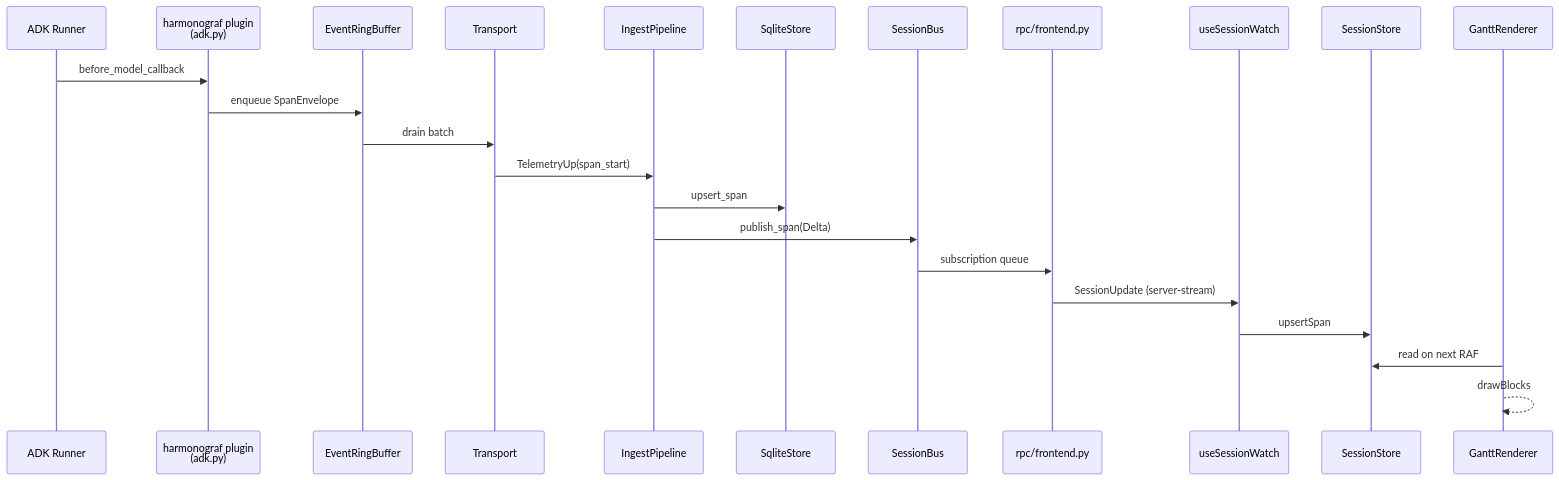
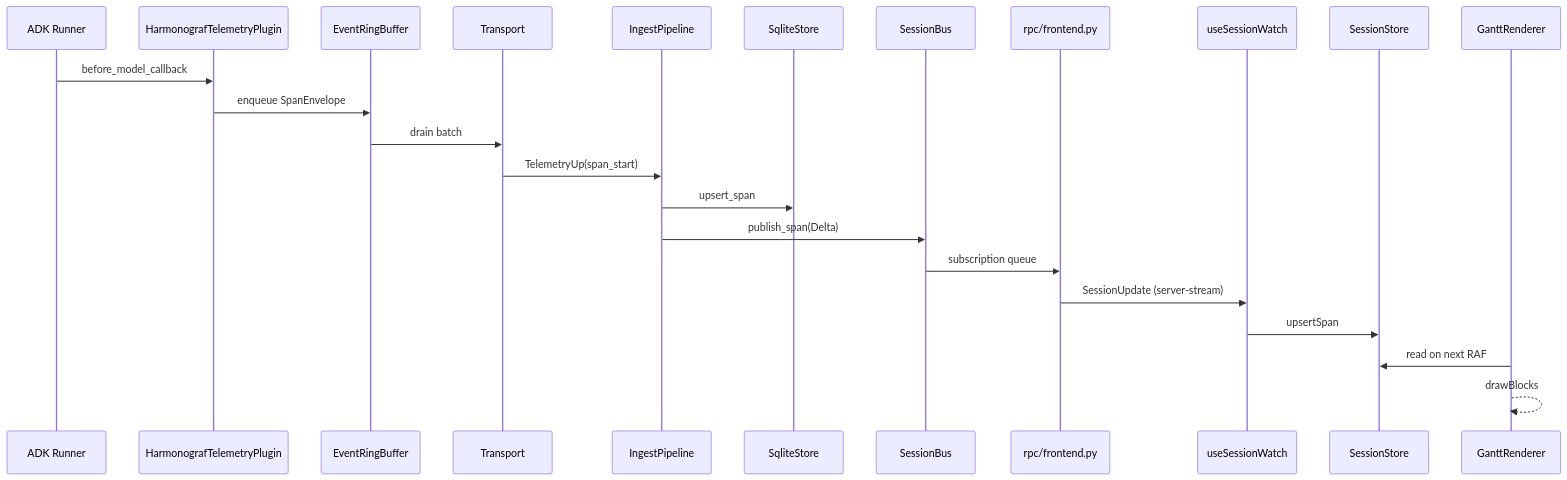
The fourth of 4 diagrams in docs/dev-guide/architecture.md (pedapudi/harmonograf), drawn with Mermaid before and after one commit. The commit also changed other lines of this file and 40 other files, not shown here.

````diff
--- a/docs/dev-guide/architecture.md
+++ b/docs/dev-guide/architecture.md
@@ -347,26 +319,26 @@
 ```mermaid
 sequenceDiagram
     participant ADK as ADK Runner
-    participant Plug as harmonograf plugin<br/>(adk.py)
+    participant Plug as HarmonografTelemetryPlugin
     participant Buf as EventRingBuffer
     participant Tx as Transport
     participant Ing as IngestPipeline
     participant Db as SqliteStore
     participant Bus as SessionBus
     participant Front as rpc/frontend.py
     participant Hook as useSessionWatch
     participant Store as SessionStore
     participant Renderer as GanttRenderer
 
     ADK->>Plug: before_model_callback
     Plug->>Buf: enqueue SpanEnvelope
     Buf->>Tx: drain batch
     Tx->>Ing: TelemetryUp(span_start)
     Ing->>Db: upsert_span
     Ing->>Bus: publish_span(Delta)
     Bus->>Front: subscription queue
     Front->>Hook: SessionUpdate (server-stream)
     Hook->>Store: upsertSpan
     Renderer->>Store: read on next RAF
     Renderer-->>Renderer: drawBlocks
 ```
````
